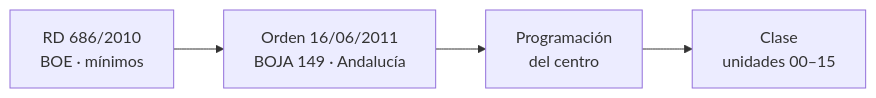
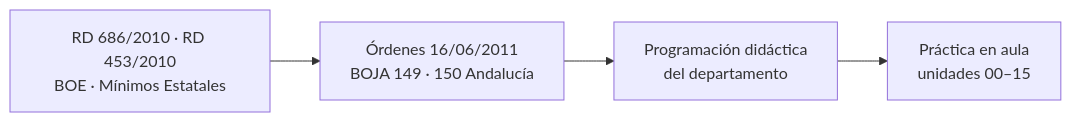
One commit to Jose-Quesada/presentacion-css changed the diagram in unidad-00.md. Above: the diagram before and after it, drawn with Mermaid. The commit also changed other lines of this file and 14 other files, not shown here.

````diff
--- a/unidad-00.md
+++ b/unidad-00.md
@@ -111,6 +108,6 @@
 ```mermaid
 graph LR
-  E[RD 686/2010<br>BOE · mínimos] --> A[Orden 16/06/2011<br>BOJA 149 · Andalucía]
-  A --> P[Programación<br>del centro]
-  P --> D[Clase<br>unidades 00–15]
+  E[RD 686/2010 · RD 453/2010<br>BOE · Mínimos Estatales] --> A[Órdenes 16/06/2011<br>BOJA 149 · 150 Andalucía]
+  A --> P[Programación didáctica<br>del departamento]
+  P --> D[Práctica en aula<br>unidades 00–15]
 ```
````
